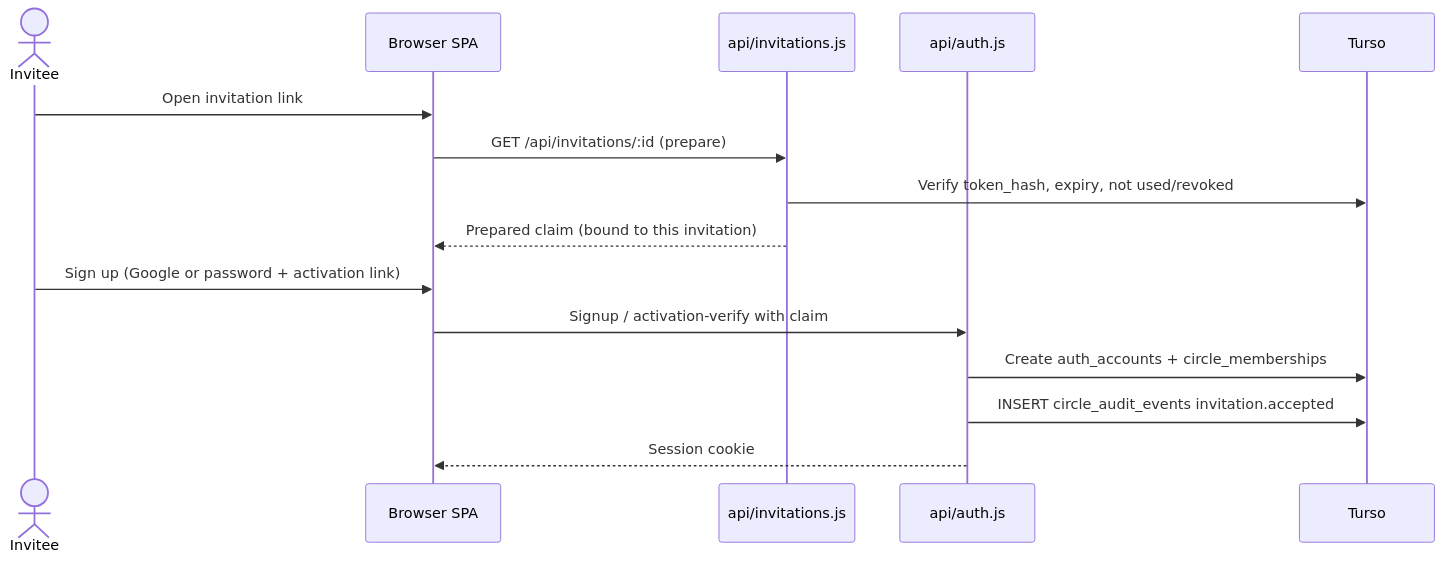
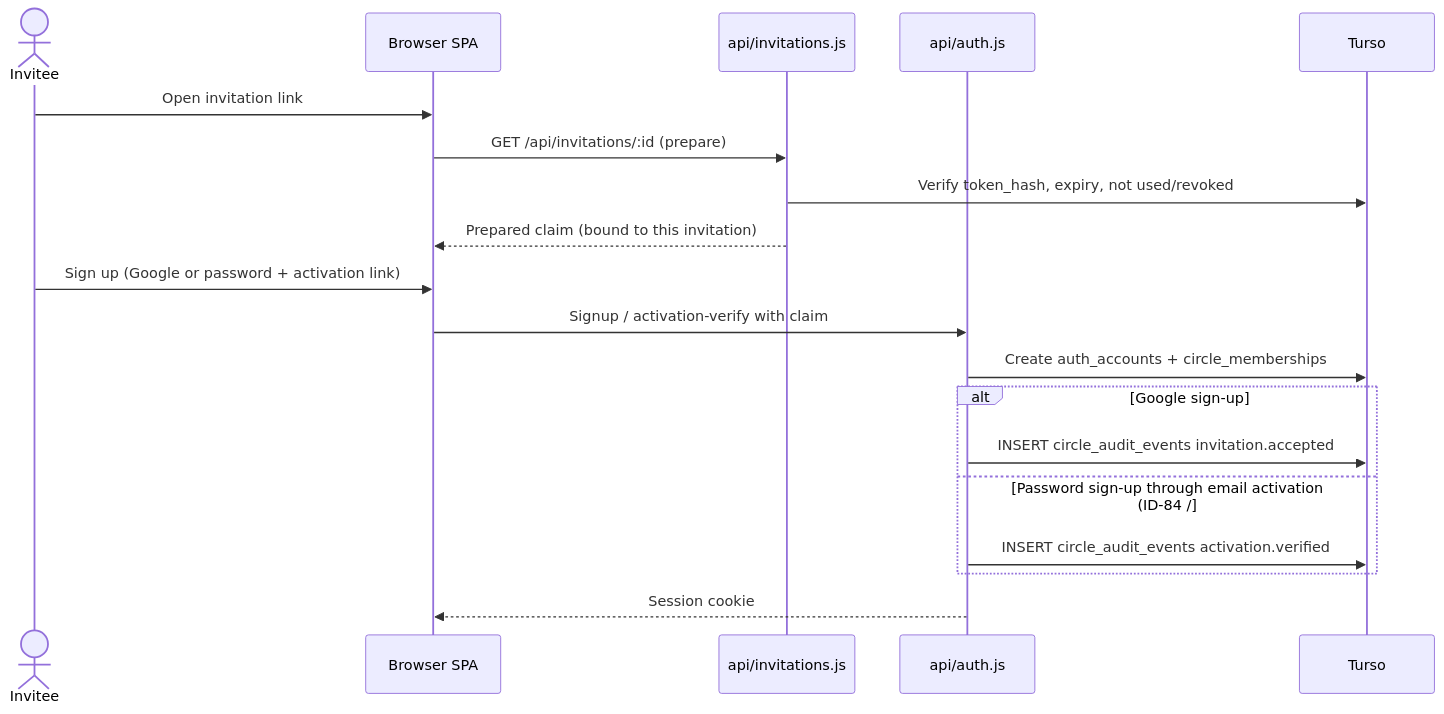
Before and after one commit to festus14/randori-circle: the sixth of 8 diagrams in docs/SYSTEM_DESIGN.md, drawn with Mermaid. The commit also changed other lines of this file, not shown here.

First line of the commit message:
Docs: SYSTEM_DESIGN activation provenance (ID-84 / #434)

````diff
--- a/docs/SYSTEM_DESIGN.md
+++ b/docs/SYSTEM_DESIGN.md
@@ -770,17 +780,21 @@
 ```mermaid
 sequenceDiagram
     actor Invitee
     participant SPA as Browser SPA
     participant Inv as api/invitations.js
     participant Auth as api/auth.js
     participant DB as Turso
     Invitee->>SPA: Open invitation link
     SPA->>Inv: GET /api/invitations/:id (prepare)
     Inv->>DB: Verify token_hash, expiry, not used/revoked
     Inv-->>SPA: Prepared claim (bound to this invitation)
     Invitee->>SPA: Sign up (Google or password + activation link)
     SPA->>Auth: Signup / activation-verify with claim
     Auth->>DB: Create auth_accounts + circle_memberships
-    Auth->>DB: INSERT circle_audit_events invitation.accepted
+    alt Google sign-up
+        Auth->>DB: INSERT circle_audit_events invitation.accepted
+    else Password sign-up through email activation (ID-84 / #349)
+        Auth->>DB: INSERT circle_audit_events activation.verified
+    end
     Auth-->>SPA: Session cookie
 ```
````
